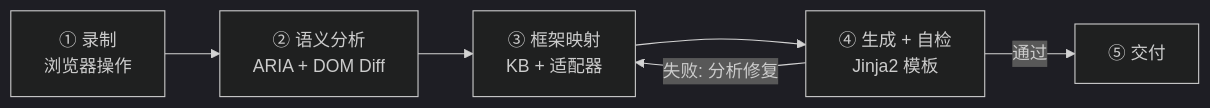
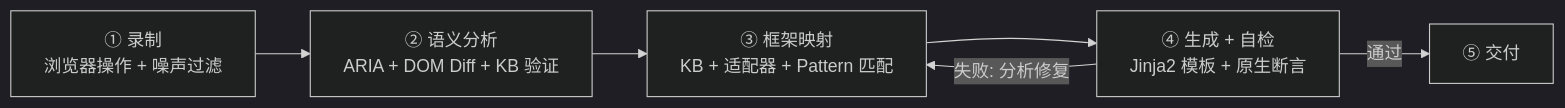
Before and after one commit to timgunnar/UIBridge: the third of 4 diagrams in README.md, drawn with Mermaid (dark theme). The commit also changed other lines of this file and 27 other files, not shown here.

````diff
--- a/README.md
+++ b/README.md
@@ -59,8 +59,8 @@
 ```mermaid
 flowchart LR
-    S1["① 录制<br/>浏览器操作"] --> S2["② 语义分析<br/>ARIA + DOM Diff"]
-    S2 --> S3["③ 框架映射<br/>KB + 适配器"]
-    S3 --> S4["④ 生成 + 自检<br/>Jinja2 模板"]
+    S1["① 录制<br/>浏览器操作 + 噪声过滤"] --> S2["② 语义分析<br/>ARIA + DOM Diff + KB 验证"]
+    S2 --> S3["③ 框架映射<br/>KB + 适配器 + Pattern 匹配"]
+    S3 --> S4["④ 生成 + 自检<br/>Jinja2 模板 + 原生断言"]
     S4 -->|"失败: 分析修复"| S3
     S4 -->|"通过"| S5["⑤ 交付"]
 ```
````
